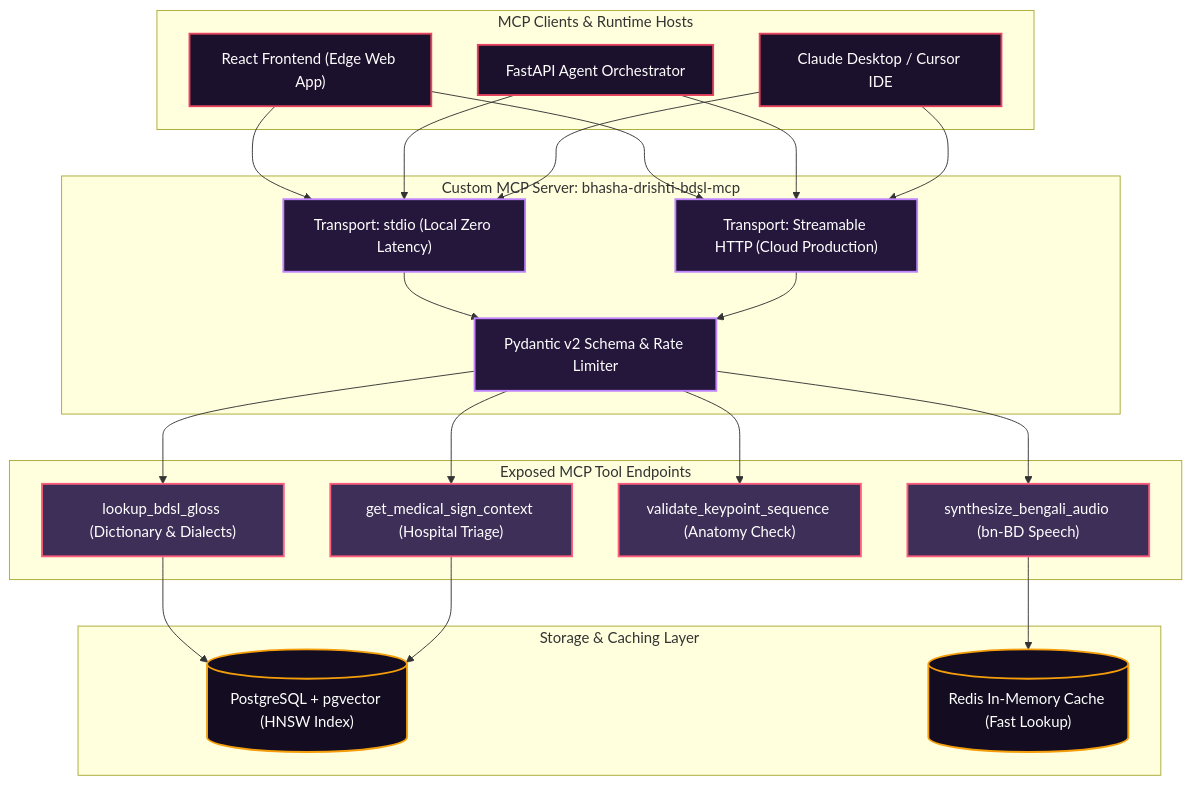
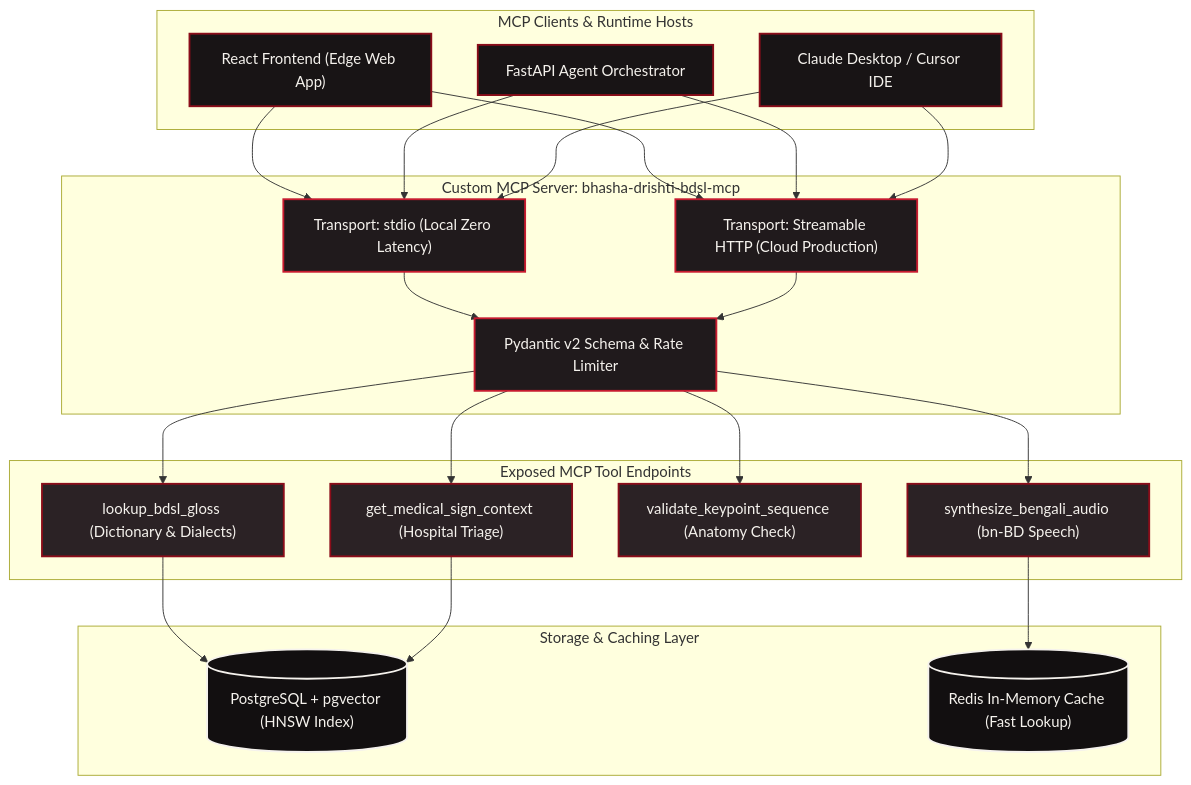
Before and after one commit to mohammademon10/Bhasha-Drishti: the third of 6 diagrams in README.md, drawn with Mermaid. The commit also changed other lines of this file and 16 other files, not shown here.

````diff
--- a/README.md
+++ b/README.md
@@ -132,47 +132,47 @@
 ```mermaid
 flowchart TD
-    classDef client fill:#1C112C,stroke:#E94560,stroke-width:2px,color:#FFFFFF;
-    classDef mcp fill:#25173B,stroke:#C084FC,stroke-width:2px,color:#FFFFFF;
-    classDef tools fill:#3E2F58,stroke:#FF5E7E,stroke-width:2px,color:#FFFFFF;
-    classDef store fill:#140C20,stroke:#F59E0B,stroke-width:2px,color:#FFFFFF;
+    classDef client fill:#181415,stroke:#8B0D1A,stroke-width:2px,color:#F5F2ED;
+    classDef mcp fill:#201A1C,stroke:#C71B2F,stroke-width:2px,color:#F5F2ED;
+    classDef tools fill:#2B2225,stroke:#8B0D1A,stroke-width:2px,color:#F5F2ED;
+    classDef store fill:#120F10,stroke:#F5F2ED,stroke-width:2px,color:#F5F2ED;
 
     subgraph CLIENT_HOSTS["MCP Clients & Runtime Hosts"]
         C1["React Frontend (Edge Web App)"]:::client
         C2["FastAPI Agent Orchestrator"]:::client
         C3["Claude Desktop / Cursor IDE"]:::client
     end
 
     subgraph MCP_SERVER["Custom MCP Server: bhasha-drishti-bdsl-mcp"]
         T1["Transport: stdio (Local Zero Latency)"]:::mcp
         T2["Transport: Streamable HTTP (Cloud Production)"]:::mcp
         SEC["Pydantic v2 Schema & Rate Limiter"]:::mcp
     end
 
     subgraph EXPOSED_TOOLS["Exposed MCP Tool Endpoints"]
         E1["lookup_bdsl_gloss (Dictionary & Dialects)"]:::tools
         E2["get_medical_sign_context (Hospital Triage)"]:::tools
         E3["validate_keypoint_sequence (Anatomy Check)"]:::tools
         E4["synthesize_bengali_audio (bn-BD Speech)"]:::tools
     end
 
     subgraph STORAGE_LAYER["Storage & Caching Layer"]
         S1[("PostgreSQL + pgvector (HNSW Index)")]:::store
         S2[("Redis In-Memory Cache (Fast Lookup)")]:::store
     end
 
     C1 --> T1
     C1 --> T2
     C2 --> T1
     C2 --> T2
     C3 --> T1
     C3 --> T2
     T1 --> SEC
     T2 --> SEC
     SEC --> E1
     SEC --> E2
     SEC --> E3
     SEC --> E4
     E1 --> S1
     E2 --> S1
     E4 --> S2
 ```
````
